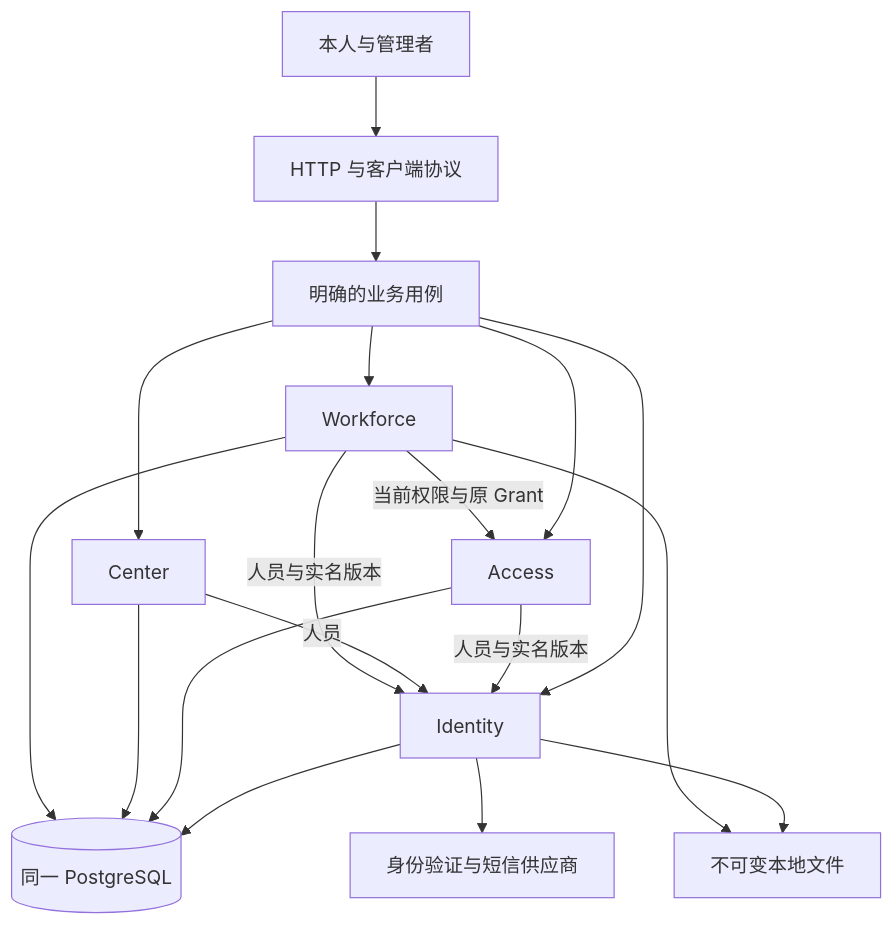
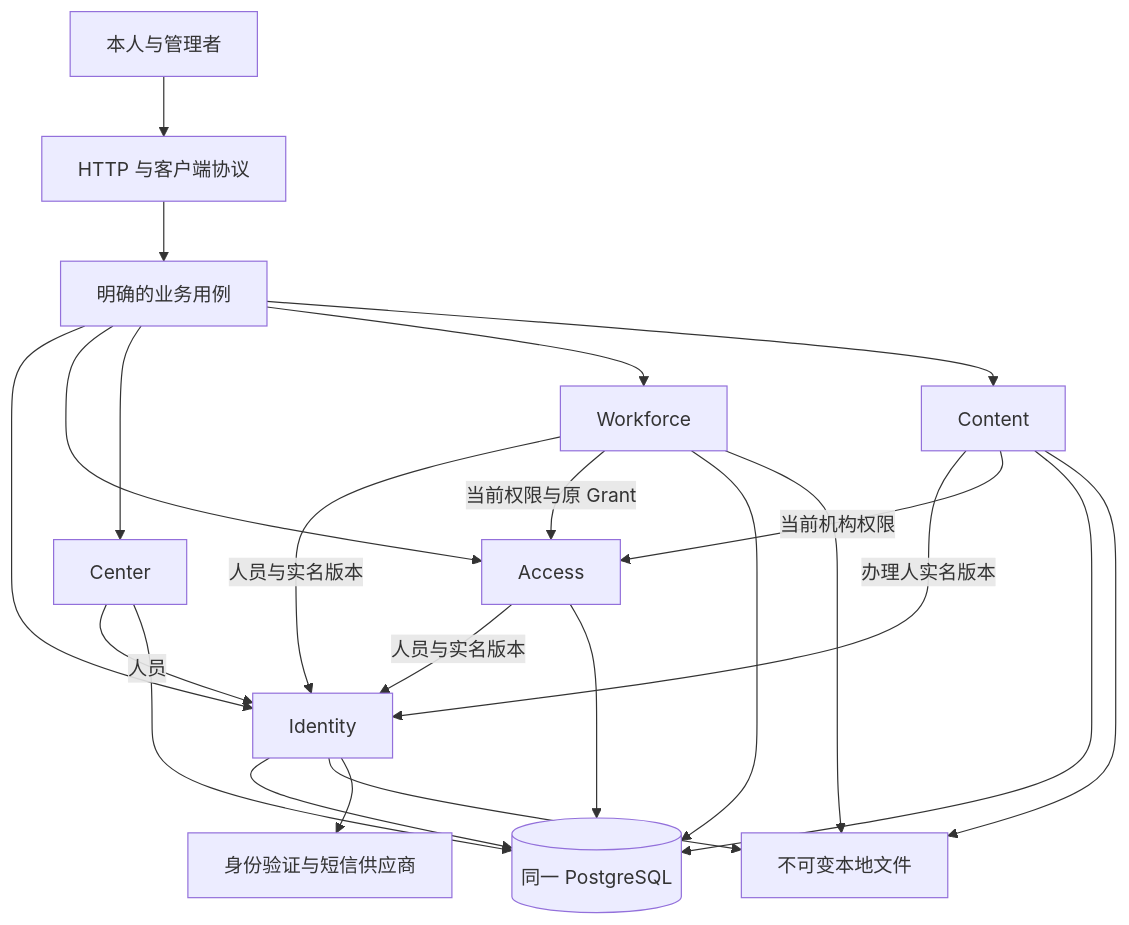
Before and after one commit to headironc/nucleus: the first of 2 diagrams in docs/architecture.md, drawn with Mermaid. The commit also changed other lines of this file and 685 other files, not shown here.

````diff
--- a/docs/architecture.md
+++ b/docs/architecture.md
@@ -18,20 +19,25 @@
 ```mermaid
 flowchart TD
     User["本人与管理者"] --> HTTP["HTTP 与客户端协议"]
     HTTP --> UseCase["明确的业务用例"]
     UseCase --> Identity["Identity"]
     UseCase --> Access["Access"]
     UseCase --> Center["Center"]
     UseCase --> Workforce["Workforce"]
+    UseCase --> Content["Content"]
     Access -->|"人员与实名版本"| Identity
     Center -->|"人员"| Identity
     Workforce -->|"人员与实名版本"| Identity
     Workforce -->|"当前权限与原 Grant"| Access
+    Content -->|"办理人实名版本"| Identity
+    Content -->|"当前机构权限"| Access
     Identity --> Database[("同一 PostgreSQL")]
     Access --> Database
     Center --> Database
     Workforce --> Database
+    Content --> Database
     Identity --> Files["不可变本地文件"]
     Workforce --> Files
+    Content --> Files
     Identity --> Supplier["身份验证与短信供应商"]
 ```
````
